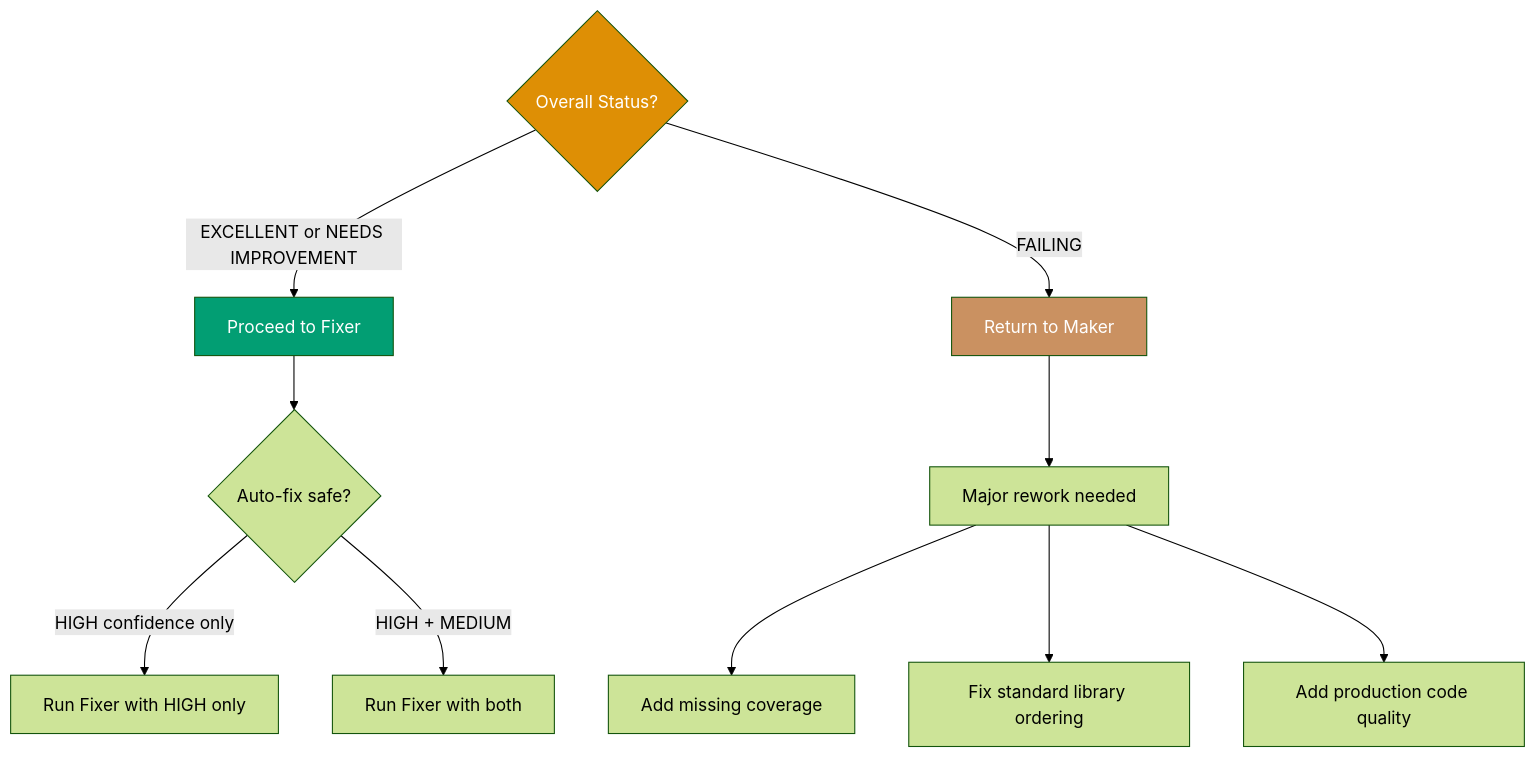
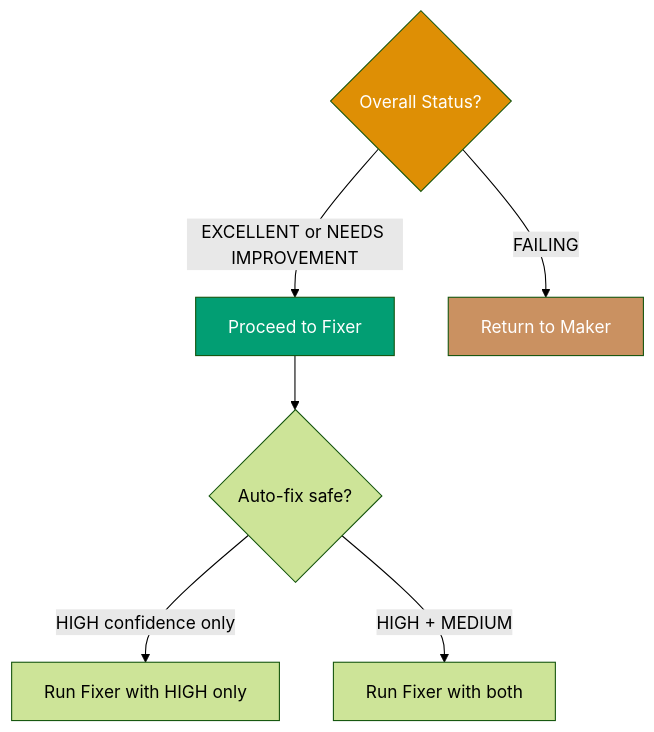
Before and after one commit to wahidyankf/baseerah: the second of 3 diagrams in repo-governance/workflows/ayokoding-web/ayokoding-web-in-the-field-quality-gate.md, drawn with Mermaid (forest theme). The commit also changed other lines of this file and 8 other files, not shown here.

````diff
--- a/repo-governance/workflows/ayokoding-web/ayokoding-web-in-the-field-quality-gate.md
+++ b/repo-governance/workflows/ayokoding-web/ayokoding-web-in-the-field-quality-gate.md
@@ -245,19 +245,14 @@
 ```mermaid
 graph TD
     A{Overall Status?}
     A -->|EXCELLENT or NEEDS IMPROVEMENT| B[Proceed to Fixer]
     A -->|FAILING| C[Return to Maker]
 
     B --> D{Auto-fix safe?}
     D -->|HIGH confidence only| E[Run Fixer with HIGH only]
     D -->|HIGH + MEDIUM| F[Run Fixer with both]
 
-    C --> G[Major rework needed]
-    G --> H[Add missing coverage]
-    G --> I[Fix standard library ordering]
-    G --> J[Add production code quality]
-
     style A fill:#DE8F05,color:#fff
     style B fill:#029E73,color:#fff
     style C fill:#CA9161,color:#fff
 ```
````
